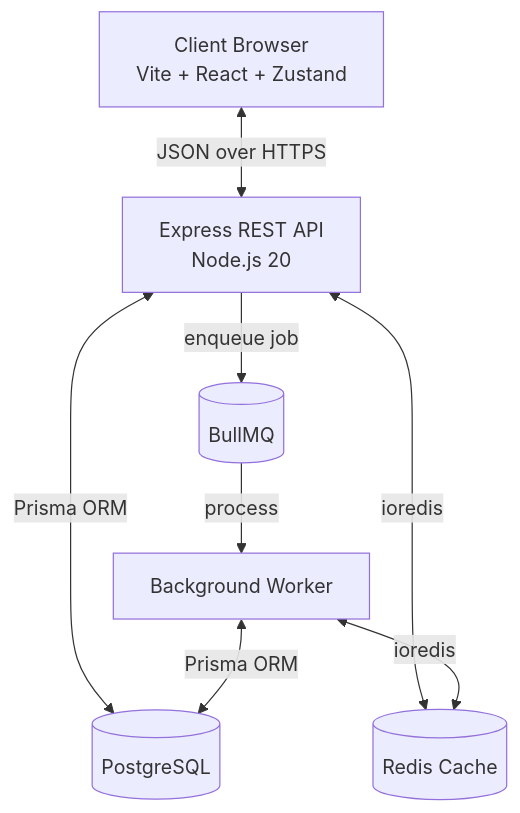
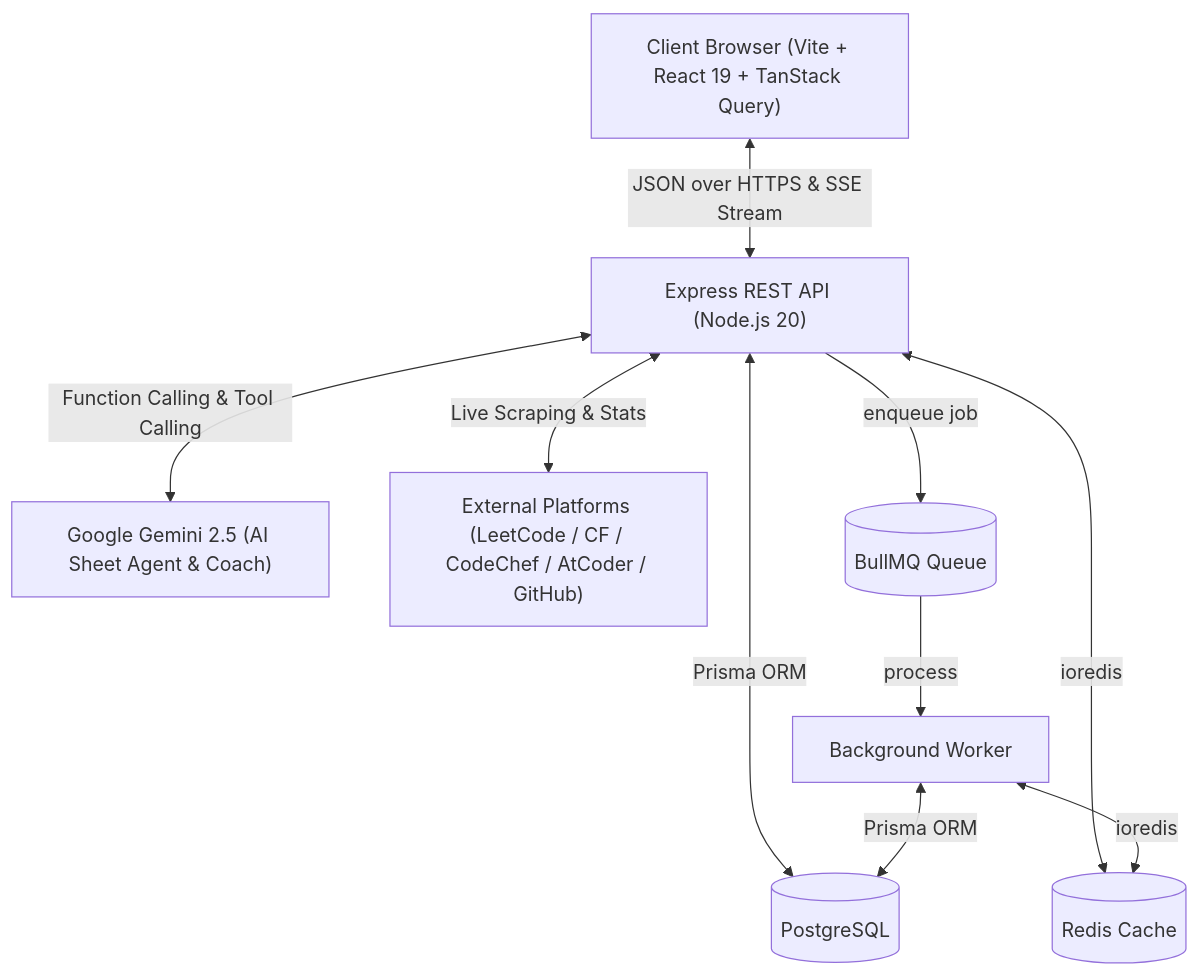
The first of 2 diagrams in ARCHITECTURE.md (pulkitjaincs/AlgoForge), drawn with Mermaid before and after one commit. The commit also changed other lines of this file and 66 other files, not shown here.

First line of the commit message:
Add comprehensive tests for cache utility, API routes, AI service, review service, and sheet agent service

````diff
--- a/ARCHITECTURE.md
+++ b/ARCHITECTURE.md
@@ -7,15 +7,21 @@
 ```mermaid
 graph TD
-    Client[Client Browser<br/>Vite + React + Zustand]
-    API[Express REST API<br/>Node.js 20]
-    DB[(PostgreSQL)]
-    Cache[(Redis Cache)]
+    Client["Client Browser (Vite + React 19 + TanStack Query)"]
+    API["Express REST API (Node.js 20)"]
+    DB[("PostgreSQL")]
+    Cache[("Redis Cache")]
+    Gemini["Google Gemini 2.5 (AI Sheet Agent & Coach)"]
+    Platforms["External Platforms (LeetCode / CF / CodeChef / AtCoder / GitHub)"]
+    BullMQ[("BullMQ Queue")]
+    Worker["Background Worker"]
 
-    Client <-->|JSON over HTTPS| API
-    API <-->|Prisma ORM| DB
-    API <-->|ioredis| Cache
-    API -->|enqueue job| BullMQ[(BullMQ)]
-    BullMQ -->|process| Worker[Background Worker]
-    Worker <-->|Prisma ORM| DB
-    Worker <-->|ioredis| Cache
+    Client <-->|"JSON over HTTPS & SSE Stream"| API
+    API <-->|"Prisma ORM"| DB
+    API <-->|"ioredis"| Cache
+    API <-->|"Function Calling & Tool Calling"| Gemini
+    API <-->|"Live Scraping & Stats"| Platforms
+    API -->|"enqueue job"| BullMQ
+    BullMQ -->|"process"| Worker
+    Worker <-->|"Prisma ORM"| DB
+    Worker <-->|"ioredis"| Cache
 ```
````
